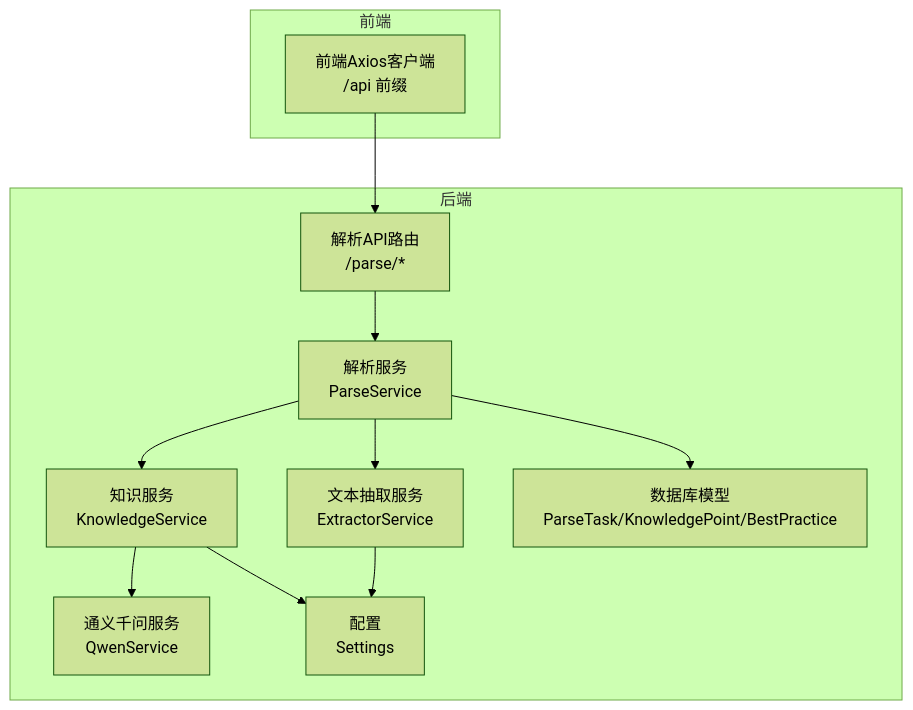
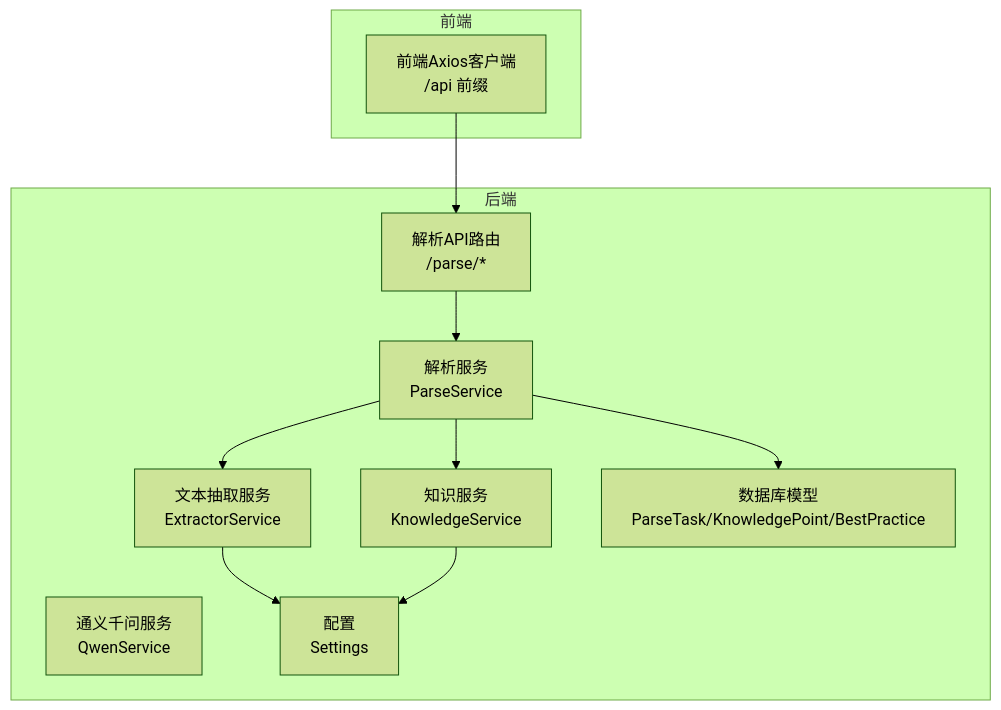
The first of 5 diagrams in .qoder/repowiki/zh/content/后端API文档/内容解析API.md (zhiwenli-jack/personal-learning-manager), drawn with Mermaid (forest theme) before and after one commit. The commit also changed other lines of this file and 15 other files, not shown here.

````diff
--- a/.qoder/repowiki/zh/content/后端API文档/内容解析API.md
+++ b/.qoder/repowiki/zh/content/后端API文档/内容解析API.md
@@ -44,23 +50,22 @@
 ```mermaid
 graph TB
 subgraph "前端"
 FE["前端Axios客户端<br/>/api 前缀"]
 end
 subgraph "后端"
 API["解析API路由<br/>/parse/*"]
 PS["解析服务<br/>ParseService"]
 ES["文本抽取服务<br/>ExtractorService"]
 KS["知识服务<br/>KnowledgeService"]
 QW["通义千问服务<br/>QwenService"]
 DB["数据库模型<br/>ParseTask/KnowledgePoint/BestPractice"]
 CFG["配置<br/>Settings"]
 end
 FE --> API
 API --> PS
 PS --> ES
 PS --> KS
-KS --> QW
 PS --> DB
 ES --> CFG
 KS --> CFG
 ```
````
